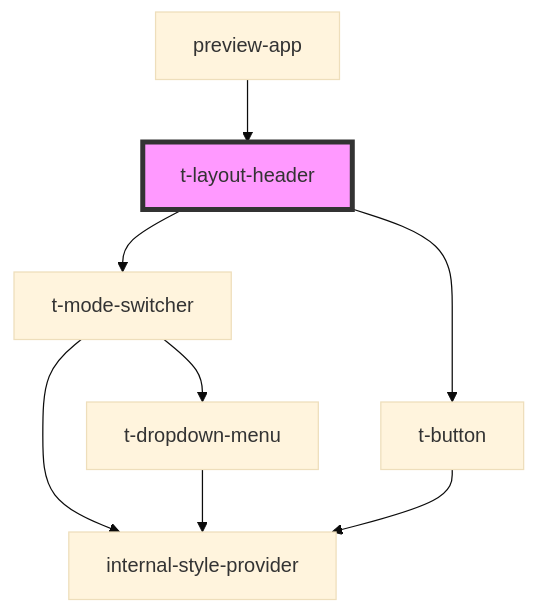
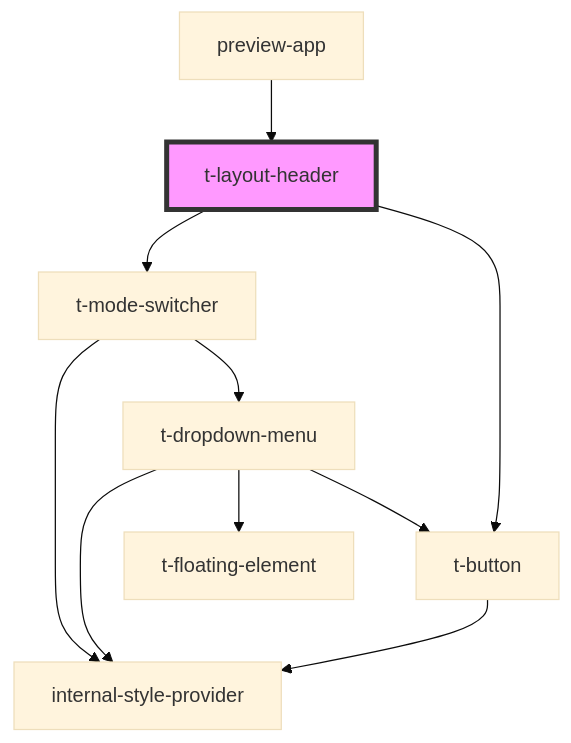
One commit to TomasEng/web-components changed the diagram in packages/t-web-components/src/components/t-layout-header/readme.md. Above: the diagram before and after it, drawn with Mermaid (base theme). The commit also changed 14 other files, not shown here.

````diff
--- a/packages/t-web-components/src/components/t-layout-header/readme.md
+++ b/packages/t-web-components/src/components/t-layout-header/readme.md
@@ -28,11 +28,13 @@
 ```mermaid
 graph TD;
   t-layout-header --> t-mode-switcher
   t-layout-header --> t-button
   t-mode-switcher --> internal-style-provider
   t-mode-switcher --> t-dropdown-menu
   t-dropdown-menu --> internal-style-provider
+  t-dropdown-menu --> t-floating-element
+  t-dropdown-menu --> t-button
   t-button --> internal-style-provider
   preview-app --> t-layout-header
   style t-layout-header fill:#f9f,stroke:#333,stroke-width:4px
 ```
````
